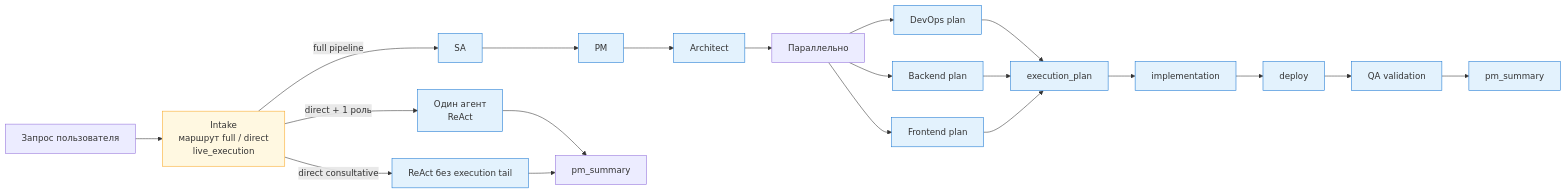
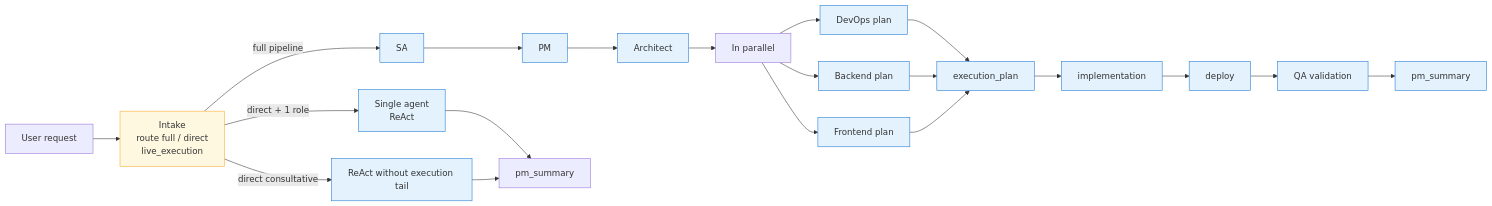
One commit to sergey-show/lambot-platform changed the second of 17 diagrams in Architecture.md. Above: the diagram before and after it, drawn with Mermaid. The commit also changed other lines of this file and 119 other files, not shown here.

````diff
--- a/Architecture.md
+++ b/Architecture.md
@@ -111,30 +111,30 @@
 ```mermaid
 flowchart LR
   classDef step fill:#e3f2fd,stroke:#1976d2
   classDef gate fill:#fff8e1,stroke:#f9a825
 
-  REQ["Запрос пользователя"] --> INTAKE["Intake<br/>маршрут full / direct<br/>live_execution"]:::gate
+  REQ["User request"] --> INTAKE["Intake<br/>route full / direct<br/>live_execution"]:::gate
 
   INTAKE -->|full pipeline| SA["SA"]:::step
   SA --> PM["PM"]:::step
   PM --> AR["Architect"]:::step
 
-  AR --> PAR["Параллельно"]
+  AR --> PAR["In parallel"]
   PAR --> DO["DevOps plan"]:::step
   PAR --> BE["Backend plan"]:::step
   PAR --> FE["Frontend plan"]:::step
 
   DO --> EPLAN["execution_plan"]:::step
   BE --> EPLAN
   FE --> EPLAN
 
   EPLAN --> IMPL["implementation"]:::step
   IMPL --> DEP["deploy"]:::step
   DEP --> QA["QA validation"]:::step
   QA --> SUM["pm_summary"]:::step
 
-  INTAKE -->|direct + 1 роль| DIR["Один агент<br/>ReAct"]:::step
+  INTAKE -->|direct + 1 role| DIR["Single agent<br/>ReAct"]:::step
   DIR --> SUM2["pm_summary"]
-  INTAKE -->|direct consultative| DIR2["ReAct без execution tail"]:::step
+  INTAKE -->|direct consultative| DIR2["ReAct without execution tail"]:::step
   DIR2 --> SUM2
 ```
````
